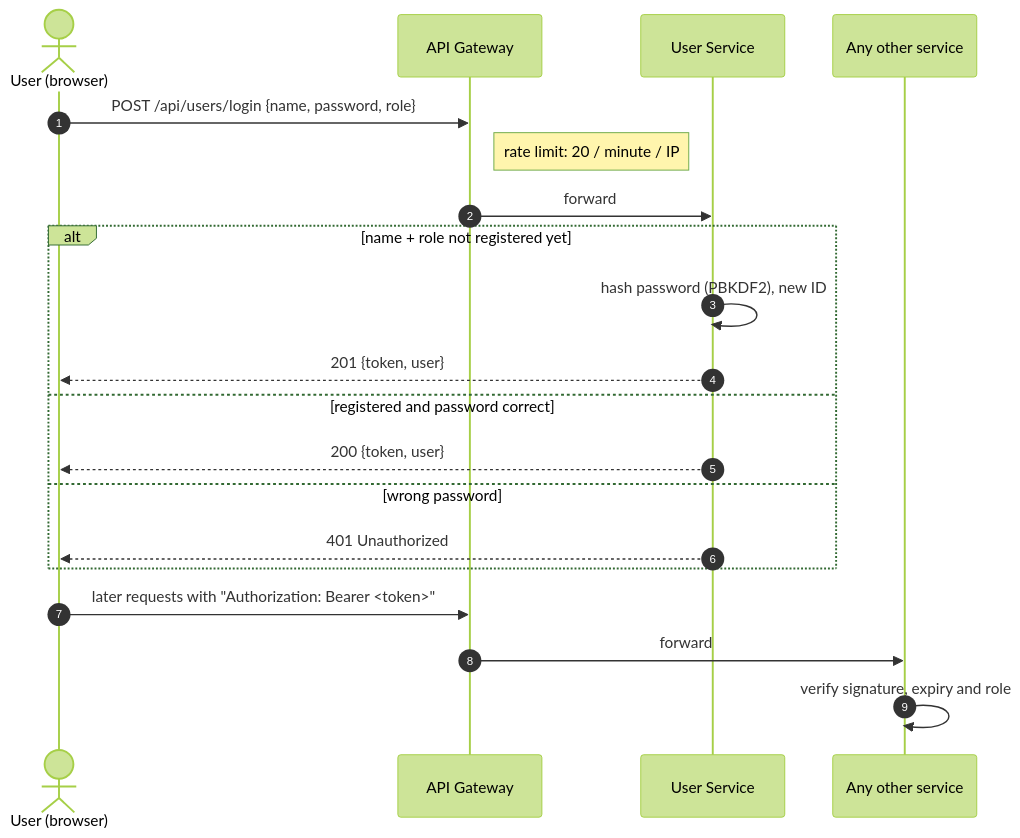
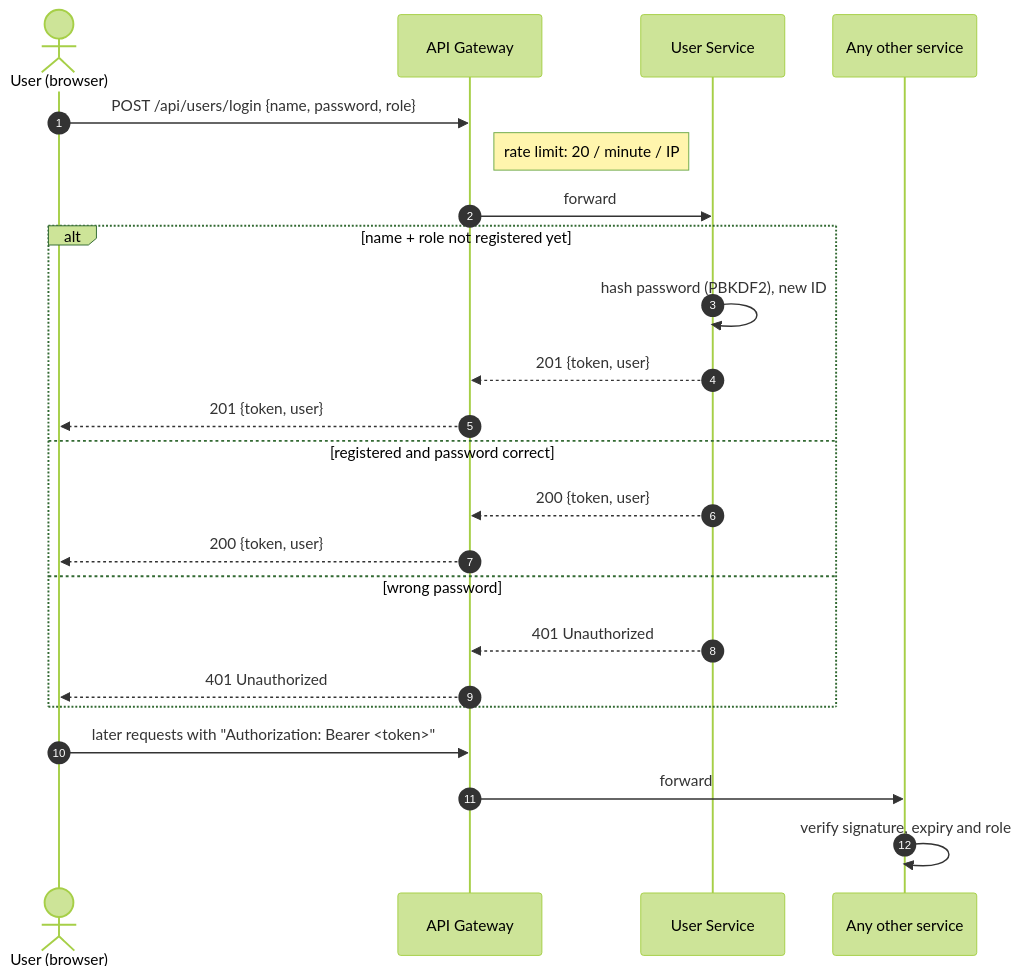
The diagram in project/docs/diagrams/03-login-sequence.mmd (merictopal/incident-management-system), drawn with Mermaid (forest theme) before and after one commit. The commit also changed 16 other files, not shown here.

Commit message:
Align diagrams with the course diagram rules and the code

```diff
--- a/project/docs/diagrams/03-login-sequence.mmd
+++ b/project/docs/diagrams/03-login-sequence.mmd
@@ -1,21 +1,24 @@
 sequenceDiagram
     autonumber
     actor U as User (browser)
     participant G as API Gateway
     participant US as User Service
     participant S as Any other service
 
     U->>G: POST /api/users/login {name, password, role}
     Note right of G: rate limit: 20 / minute / IP
     G->>US: forward
     alt name + role not registered yet
         US->>US: hash password (PBKDF2), new ID
-        US-->>U: 201 {token, user}
+        US-->>G: 201 {token, user}
+        G-->>U: 201 {token, user}
     else registered and password correct
-        US-->>U: 200 {token, user}
+        US-->>G: 200 {token, user}
+        G-->>U: 200 {token, user}
     else wrong password
-        US-->>U: 401 Unauthorized
+        US-->>G: 401 Unauthorized
+        G-->>U: 401 Unauthorized
     end
     U->>G: later requests with "Authorization: Bearer <token>"
     G->>S: forward
     S->>S: verify signature, expiry and role
```
